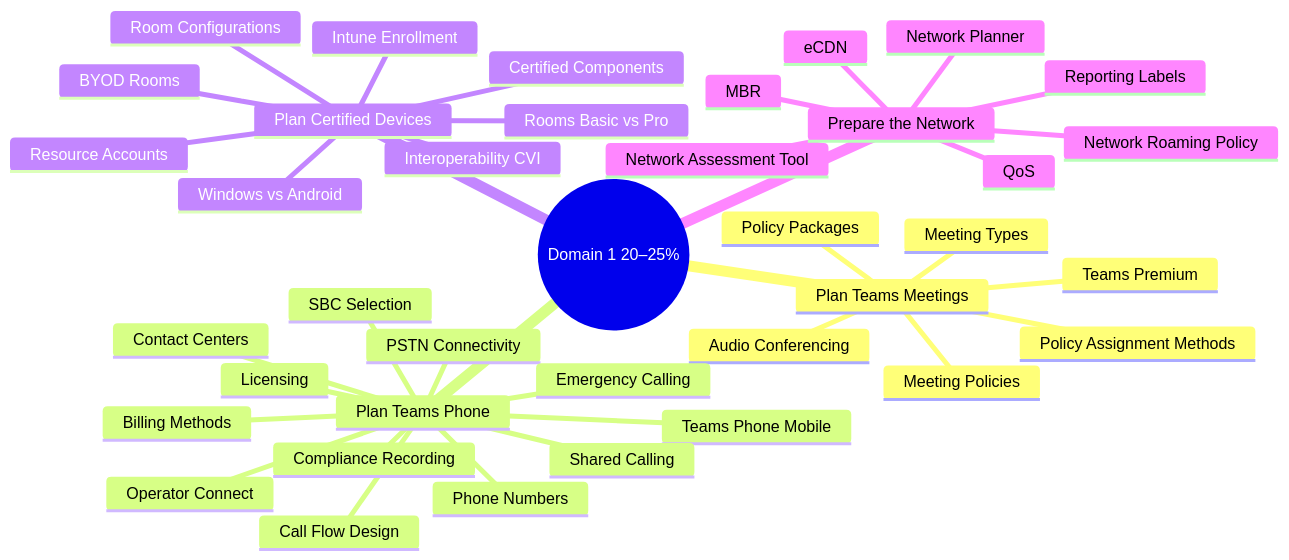
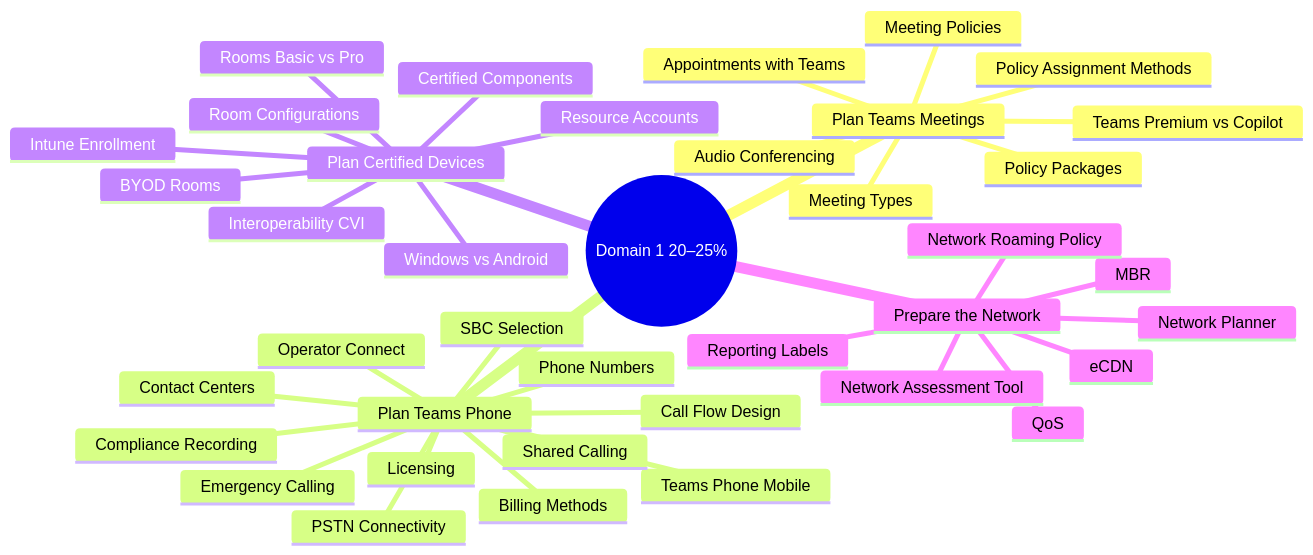
Before and after one commit to marcogrimaldi29/ms-721-study-notes: the first of 5 diagrams in 01-plan-design-systems.md, drawn with Mermaid. The commit also changed other lines of this file and 6 other files, not shown here.

````diff
--- a/01-plan-design-systems.md
+++ b/01-plan-design-systems.md
@@ -18,41 +18,42 @@
 ```mermaid
 mindmap
   root((Domain 1 20–25%))
     Plan Teams Meetings
       Meeting Types
+      Appointments with Teams
       Meeting Policies
       Audio Conferencing
-      Teams Premium
+      Teams Premium vs Copilot
       Policy Packages
       Policy Assignment Methods
     Plan Teams Phone
       Licensing
       PSTN Connectivity
       Operator Connect
       Teams Phone Mobile
       Shared Calling
       Billing Methods
       Phone Numbers
       Call Flow Design
       Emergency Calling
       SBC Selection
       Compliance Recording
       Contact Centers
     Plan Certified Devices
       Room Configurations
       BYOD Rooms
       Rooms Basic vs Pro
       Windows vs Android
       Certified Components
       Interoperability CVI
       Resource Accounts
       Intune Enrollment
     Prepare the Network
       Network Assessment Tool
       eCDN
       Network Planner
       QoS
       MBR
       Network Roaming Policy
       Reporting Labels
 ```
````
